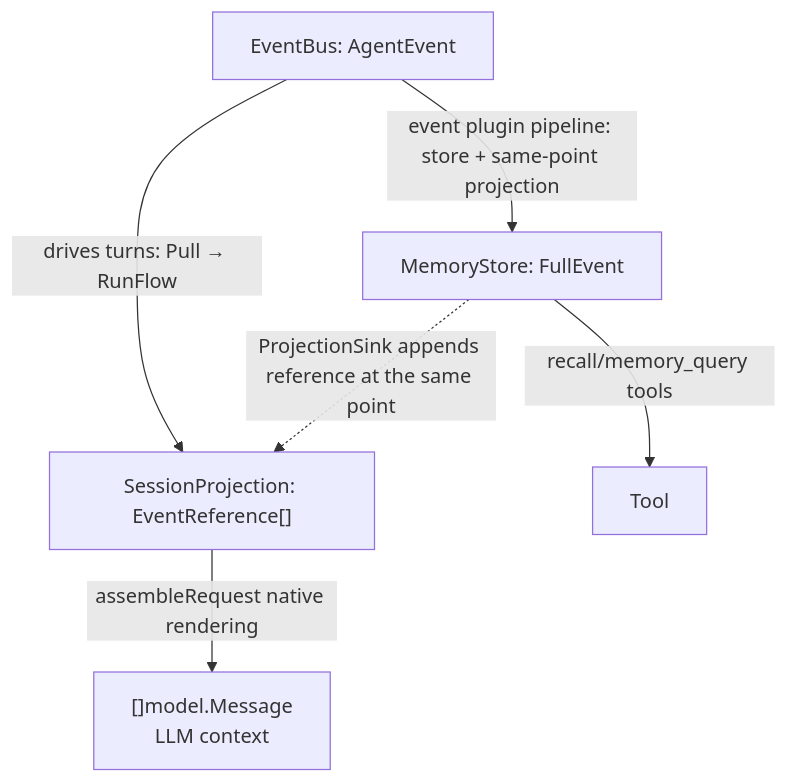
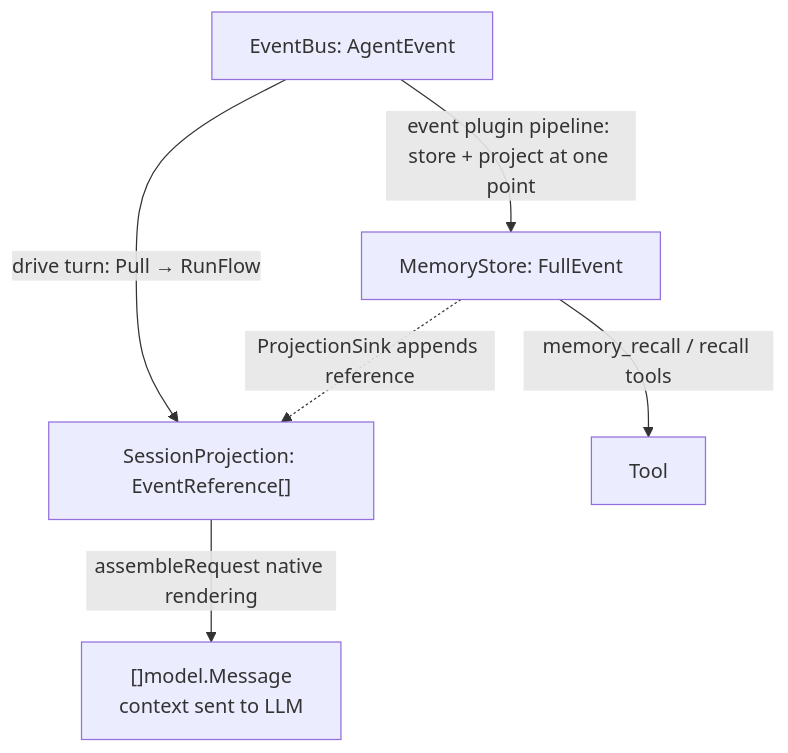
The second of 4 diagrams in README_EN.md (SpellingDragon/tagent), drawn with Mermaid before and after one commit. The commit also changed other lines of this file and 1 other file, not shown here.

First line of the commit message:
docs(readme): restructure for readability — features/scenario/samples first, diagrams over prose

````diff
--- a/README_EN.md
+++ b/README_EN.md
@@ -65,14 +118,14 @@
 ```mermaid
 graph TB
     EB["EventBus: AgentEvent"]
     SP["SessionProjection: EventReference[]"]
     MS["MemoryStore: FullEvent"]
-    LLM["[]model.Message<br/>LLM context"]
+    LLM["[]model.Message<br/>context sent to LLM"]
     TOOL["Tool"]
 
-    EB -->|drives turns: Pull → RunFlow| SP
-    EB -->|event plugin pipeline: store + same-point projection| MS
-    MS -.ProjectionSink appends reference at the same point.-> SP
+    EB -->|drive turn: Pull → RunFlow| SP
+    EB -->|event plugin pipeline: store + project at one point| MS
+    MS -.ProjectionSink appends reference.-> SP
     SP -->|assembleRequest native rendering| LLM
-    MS -->|recall/memory_query tools| TOOL
+    MS -->|memory_recall / recall tools| TOOL
 ```
````
